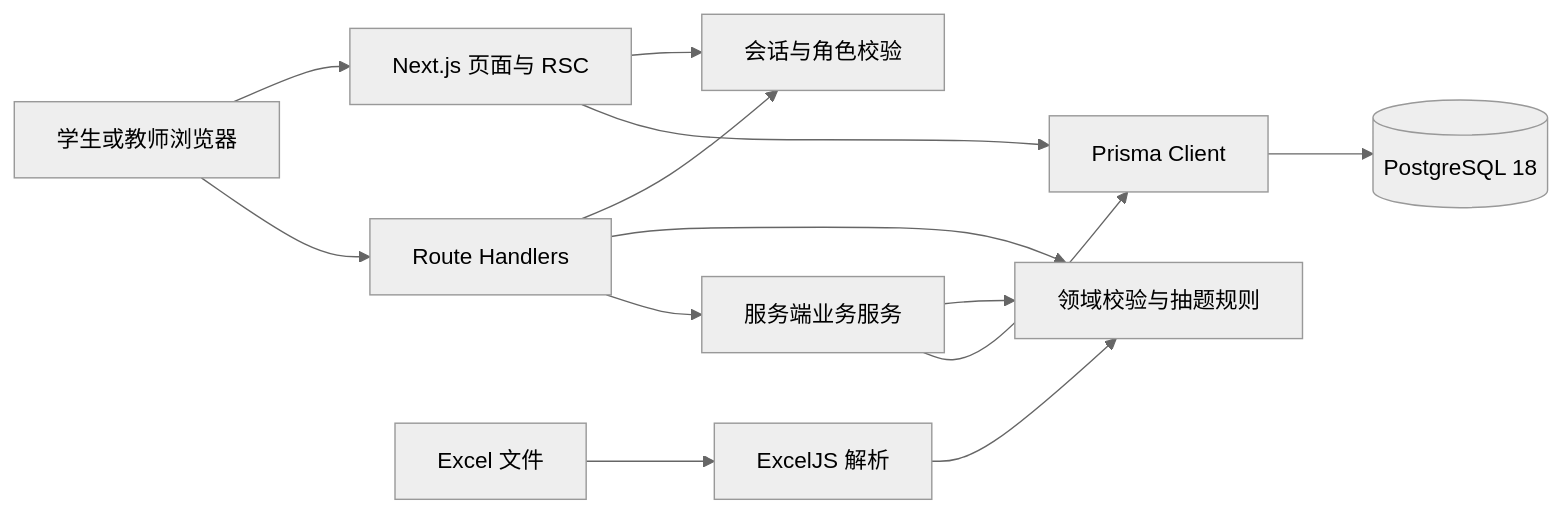
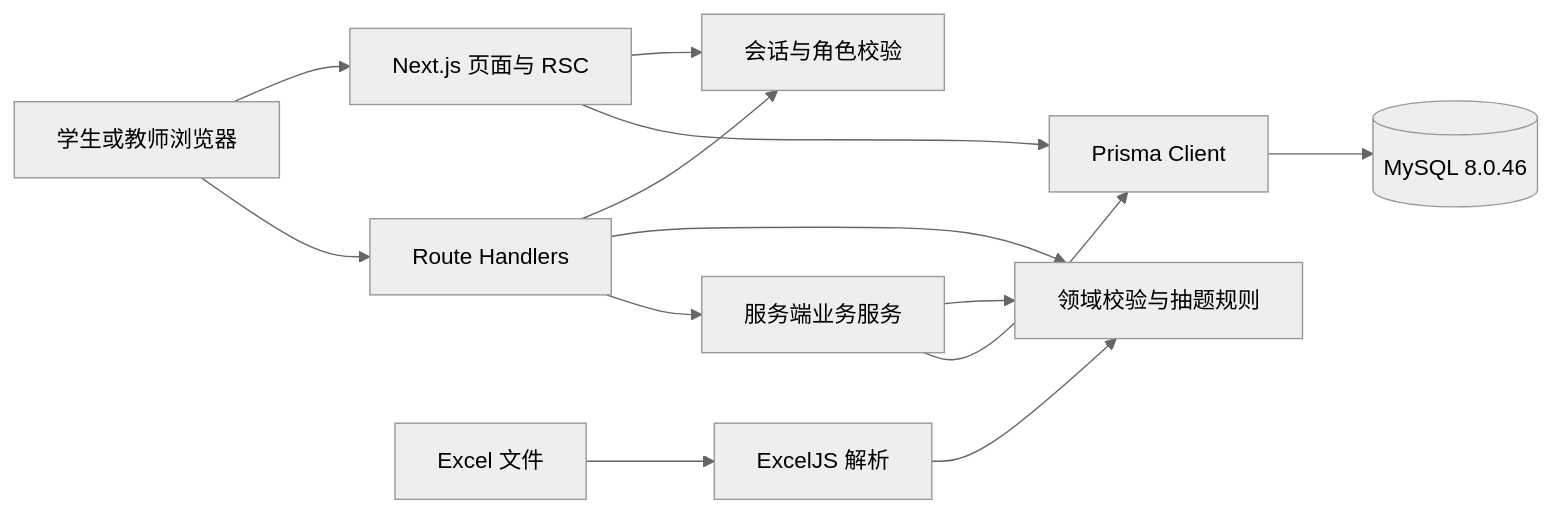
One commit to ThreeBOOdy/Test changed the second of 2 diagrams in README.md. Above: the diagram before and after it, drawn with Mermaid (neutral theme). The commit also changed other lines of this file and 38 other files, not shown here.

Commit message:
完成 PostgreSQL 到 MySQL 迁移

````diff
--- a/README.md
+++ b/README.md
@@ -217,15 +217,15 @@
 ```mermaid
 flowchart LR
     Browser[学生或教师浏览器] --> Pages[Next.js 页面与 RSC]
     Browser --> Routes[Route Handlers]
     Pages --> Session[会话与角色校验]
     Routes --> Session
     Routes --> Domain[领域校验与抽题规则]
     Pages --> Prisma[Prisma Client]
     Routes --> Services[服务端业务服务]
     Services --> Domain
     Services --> Prisma
-    Prisma --> PostgreSQL[(PostgreSQL 18)]
+    Prisma --> MySQL[(MySQL 8.0.46)]
     Excel[Excel 文件] --> ExcelJS[ExcelJS 解析]
     ExcelJS --> Domain
 ```
````
